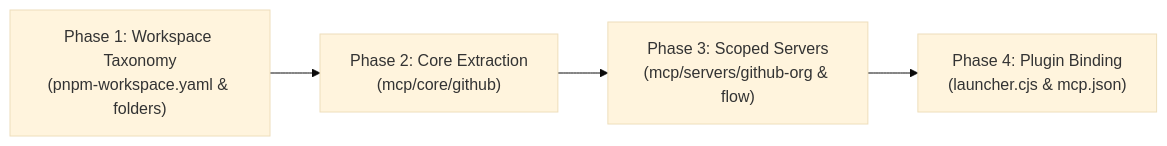
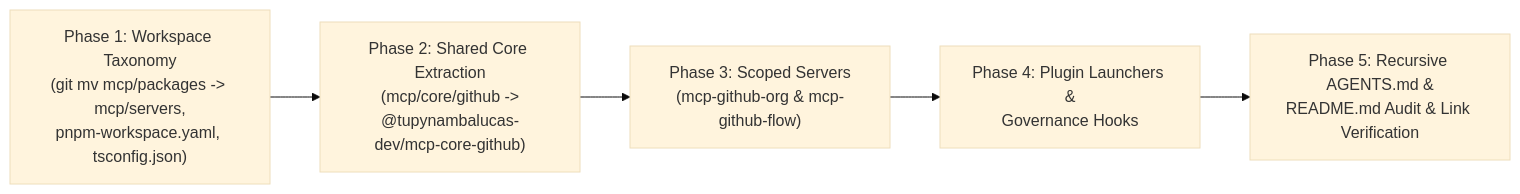
One commit to tupynambalucas-dev/agent-mesh changed the second of 2 diagrams in .agents/analyses/mcp-architecture-single-vs-modular-github-apps.md. Above: the diagram before and after it, drawn with Mermaid (base theme). The commit also changed other lines of this file and 2 other files, not shown here.

Commit message:
docs(analyses): add recursive AGENTS.md and README.md governance matrix (#39)

````diff
--- a/.agents/analyses/mcp-architecture-single-vs-modular-github-apps.md
+++ b/.agents/analyses/mcp-architecture-single-vs-modular-github-apps.md
@@ -297,6 +439,7 @@
 ```mermaid
 flowchart LR
-    P1["Phase 1: Workspace Taxonomy\n(pnpm-workspace.yaml & folders)"] --> P2["Phase 2: Core Extraction\n(mcp/core/github)"]
-    P2 --> P3["Phase 3: Scoped Servers\n(mcp/servers/github-org & flow)"]
-    P3 --> P4["Phase 4: Plugin Binding\n(launcher.cjs & mcp.json)"]
+    P1["Phase 1: Workspace Taxonomy\n(git mv mcp/packages -> mcp/servers,\npnpm-workspace.yaml, tsconfig.json)"] --> P2["Phase 2: Shared Core Extraction\n(mcp/core/github ->\n@tupynambalucas-dev/mcp-core-github)"]
+    P2 --> P3["Phase 3: Scoped Servers\n(mcp-github-org & mcp-github-flow)"]
+    P3 --> P4["Phase 4: Plugin Launchers &\nGovernance Hooks"]
+    P4 --> P5["Phase 5: Recursive AGENTS.md &\nREADME.md Audit & Link Verification"]
 ```
````
